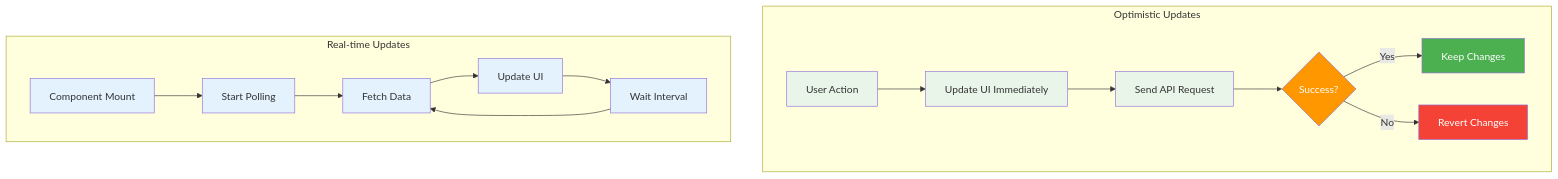
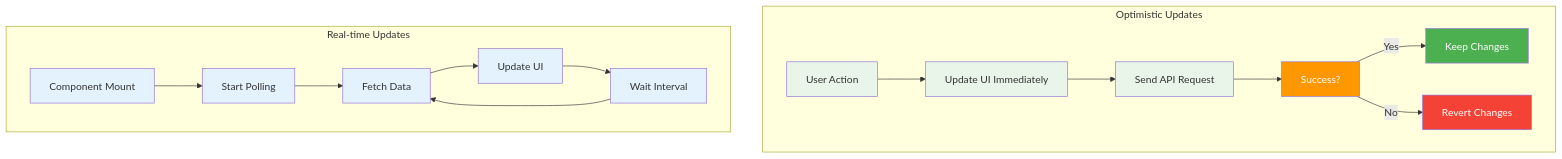
One commit to dammanhdungvn/teenup changed the third of 5 diagrams in frontend/docs/API-INTEGRATION.md. Above: the diagram before and after it, drawn with Mermaid. The commit also changed other lines of this file and 1 other file, not shown here.

````diff
--- a/frontend/docs/API-INTEGRATION.md
+++ b/frontend/docs/API-INTEGRATION.md
@@ -348,43 +348,43 @@
 ```mermaid
 graph TD
     subgraph "Optimistic Updates"
         OU1[User Action]
         OU2[Update UI Immediately]
         OU3[Send API Request]
-        OU4{Success?}
+        OU4[Success?]
         OU5[Keep Changes]
         OU6[Revert Changes]
         
         OU1 --> OU2
         OU2 --> OU3
         OU3 --> OU4
         OU4 -->|Yes| OU5
         OU4 -->|No| OU6
     end
     
     subgraph "Real-time Updates"
         RT1[Component Mount]
         RT2[Start Polling]
         RT3[Fetch Data]
         RT4[Update UI]
         RT5[Wait Interval]
         
         RT1 --> RT2
         RT2 --> RT3
         RT3 --> RT4
         RT4 --> RT5
         RT5 --> RT3
     end
     
     style OU1 fill:#e8f5e8
     style OU2 fill:#e8f5e8
     style OU3 fill:#e8f5e8
     style OU4 fill:#ff9800,color:#fff
     style OU5 fill:#4caf50,color:#fff
     style OU6 fill:#f44336,color:#fff
     style RT1 fill:#e3f2fd
     style RT2 fill:#e3f2fd
     style RT3 fill:#e3f2fd
     style RT4 fill:#e3f2fd
     style RT5 fill:#e3f2fd
 ```
````
